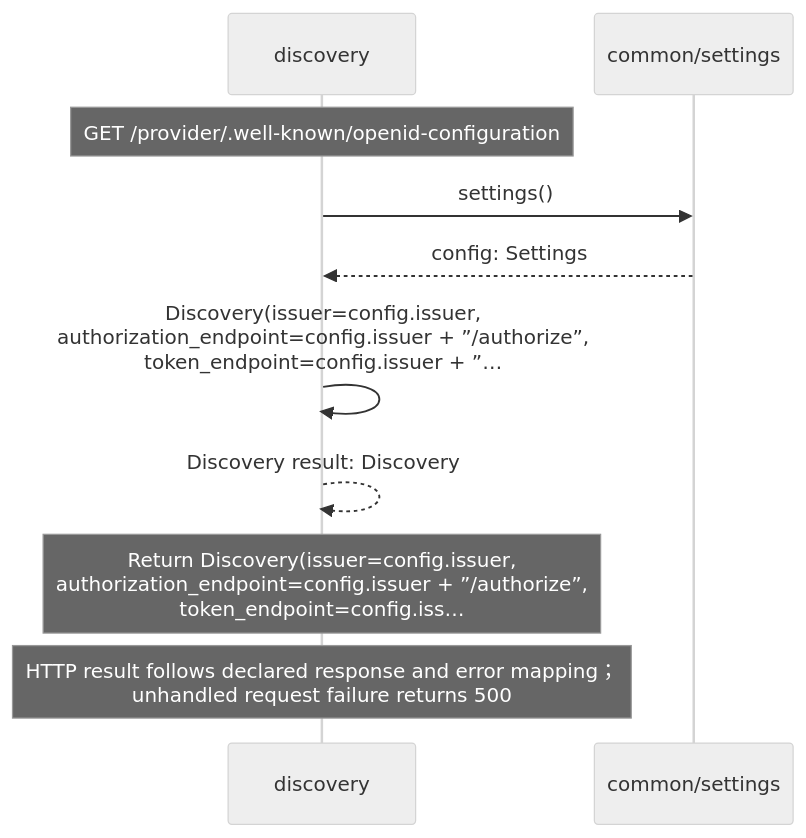
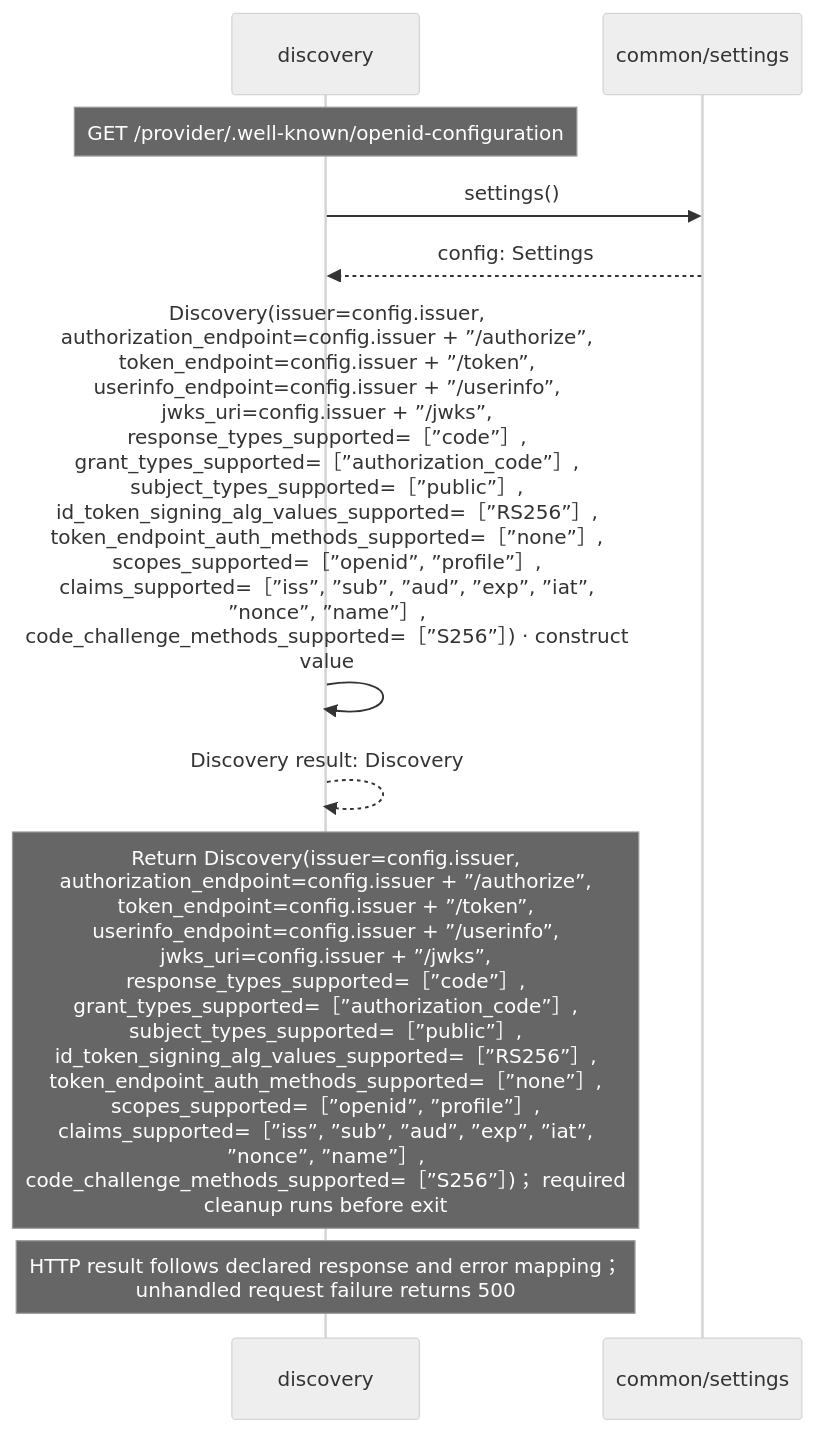
The second of 3 diagrams in docs/examples/oidc-login/provider/discovery-diagrams.md (GreenPandaStudios/augscript), drawn with Mermaid (neutral theme) before and after one commit. The commit also changed other lines of this file and 658 other files, not shown here.

````diff
--- a/docs/examples/oidc-login/provider/discovery-diagrams.md
+++ b/docs/examples/oidc-login/provider/discovery-diagrams.md
@@ -48,12 +54,12 @@
 ```mermaid
 sequenceDiagram
     participant p0 as discovery
     participant p1 as common/settings
     Note over p0: GET /provider/.well-known/openid-configuration
     p0->>p1: settings()
     p1-->>p0: config: Settings
-    p0->>p0: Discovery(issuer=config.issuer,<br/>authorization_endpoint=config.issuer + ”/authorize”,<br/>token_endpoint=config.issuer + ”…
+    p0->>p0: Discovery(issuer=config.issuer,<br/>authorization_endpoint=config.issuer + ”/authorize”,<br/>token_endpoint=config.issuer + ”/token”,<br/>userinfo_endpoint=config.issuer + ”/userinfo”,<br/>jwks_uri=config.issuer + ”/jwks”,<br/>response_types_supported=［”code”］,<br/>grant_types_supported=［”authorization_code”］,<br/>subject_types_supported=［”public”］,<br/>id_token_signing_alg_values_supported=［”RS256”］,<br/>token_endpoint_auth_methods_supported=［”none”］,<br/>scopes_supported=［”openid”, ”profile”］,<br/>claims_supported=［”iss”, ”sub”, ”aud”, ”exp”, ”iat”,<br/>”nonce”, ”name”］,<br/>code_challenge_methods_supported=［”S256”］) · construct<br/>value
     p0-->>p0: Discovery result: Discovery
-    Note over p0: Return Discovery(issuer=config.issuer,<br/>authorization_endpoint=config.issuer + ”/authorize”,<br/>token_endpoint=config.iss…
+    Note over p0: Return Discovery(issuer=config.issuer,<br/>authorization_endpoint=config.issuer + ”/authorize”,<br/>token_endpoint=config.issuer + ”/token”,<br/>userinfo_endpoint=config.issuer + ”/userinfo”,<br/>jwks_uri=config.issuer + ”/jwks”,<br/>response_types_supported=［”code”］,<br/>grant_types_supported=［”authorization_code”］,<br/>subject_types_supported=［”public”］,<br/>id_token_signing_alg_values_supported=［”RS256”］,<br/>token_endpoint_auth_methods_supported=［”none”］,<br/>scopes_supported=［”openid”, ”profile”］,<br/>claims_supported=［”iss”, ”sub”, ”aud”, ”exp”, ”iat”,<br/>”nonce”, ”name”］,<br/>code_challenge_methods_supported=［”S256”］)； required<br/>cleanup runs before exit
     Note over p0: HTTP result follows declared response and error mapping；<br/>unhandled request failure returns 500
 ```
````
